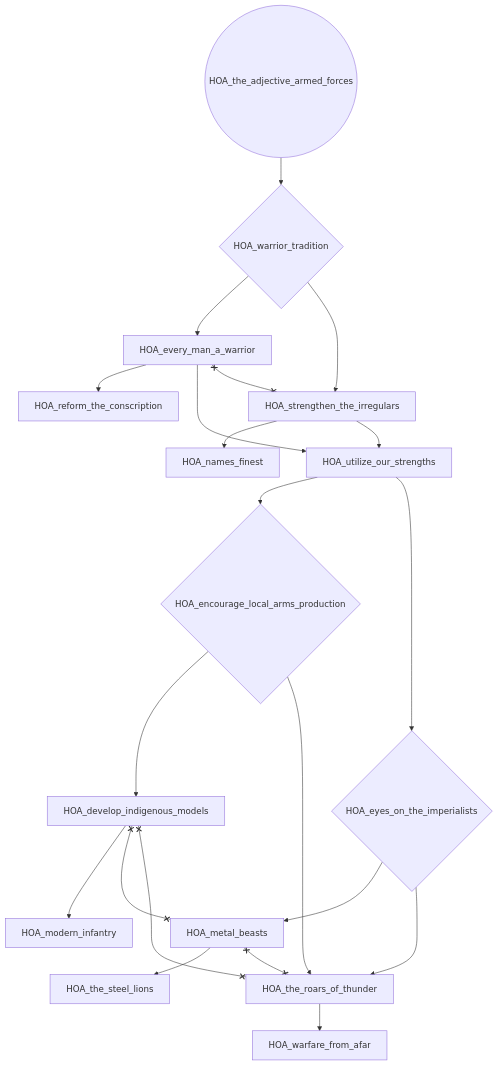
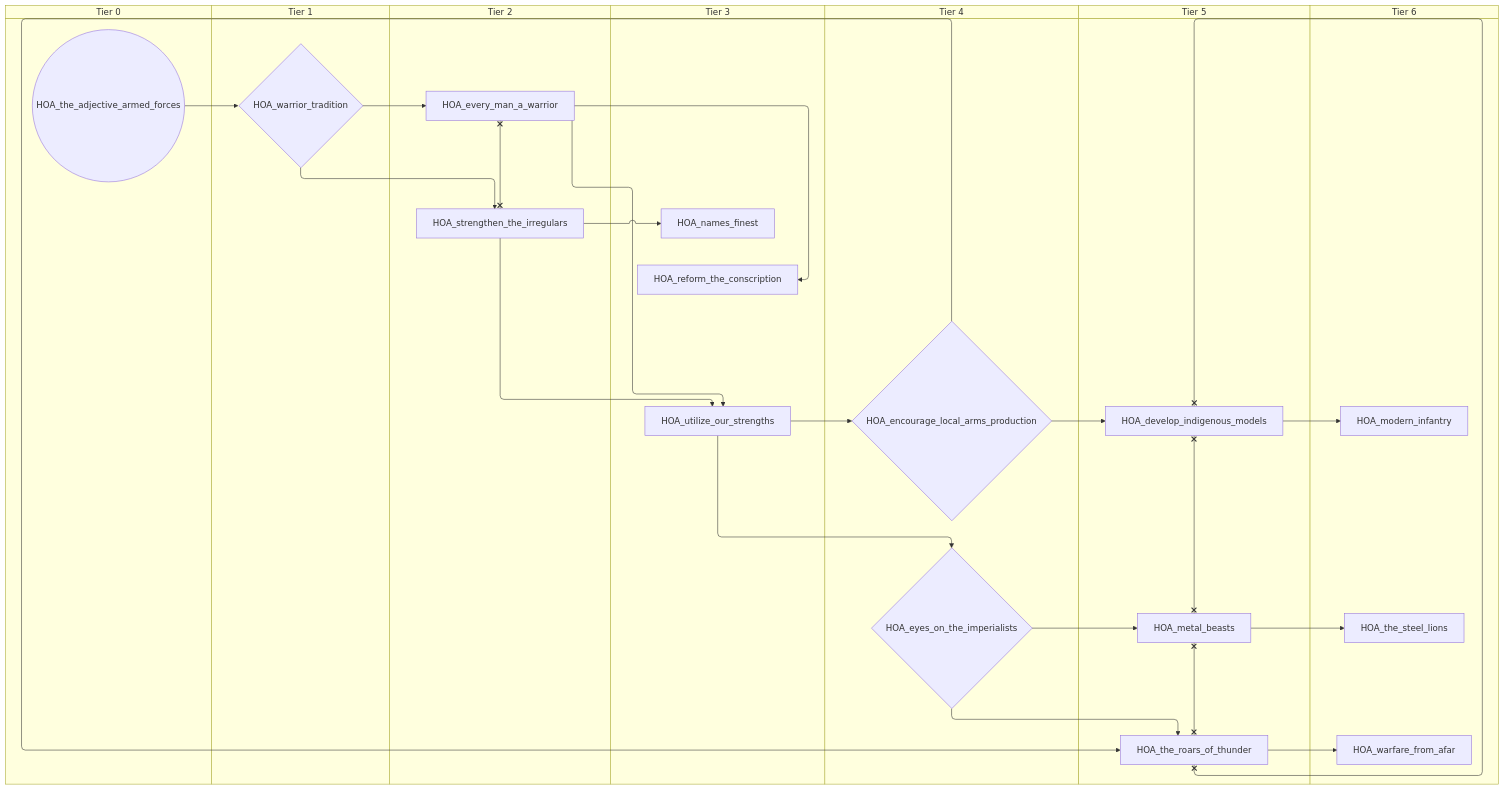
One commit to evgeny-sobol/hoi4-sandbox-mode changed the second of 3 diagrams in docs/gdd/National Focuses/horn_of_africa.md. Above: the diagram before and after it, drawn with Mermaid. The commit also changed other lines of this file and 80 other files, not shown here.

First line of the commit message:
Add swimlane mode to focus graph exporter

````diff
--- a/docs/gdd/National Focuses/horn_of_africa.md
+++ b/docs/gdd/National Focuses/horn_of_africa.md
@@ -46,38 +62,52 @@
 ```mermaid
-flowchart TD
-    n17["HOA_develop_indigenous_models"]
-    n18{"HOA_encourage_local_arms_production"}
-    n19["HOA_every_man_a_warrior"]
-    n20{"HOA_eyes_on_the_imperialists"}
-    n21["HOA_metal_beasts"]
-    n22["HOA_modern_infantry"]
-    n23["HOA_names_finest"]
-    n24["HOA_reform_the_conscription"]
-    n25["HOA_strengthen_the_irregulars"]
-    n26(("HOA_the_adjective_armed_forces"))
-    n27["HOA_the_roars_of_thunder"]
-    n28["HOA_the_steel_lions"]
-    n29["HOA_utilize_our_strengths"]
-    n30["HOA_warfare_from_afar"]
-    n31{"HOA_warrior_tradition"}
-    n18 --> n17
-    n29 --> n18
-    n31 --> n19
-    n29 --> n20
+swimlane-beta TD
+    subgraph tier_0["Tier 0"]
+        n17(("HOA_the_adjective_armed_forces"))
+    end
+    subgraph tier_1["Tier 1"]
+        n18{"HOA_warrior_tradition"}
+    end
+    subgraph tier_2["Tier 2"]
+        n19["HOA_every_man_a_warrior"]
+        n20["HOA_strengthen_the_irregulars"]
+    end
+    subgraph tier_3["Tier 3"]
+        n21["HOA_names_finest"]
+        n22["HOA_reform_the_conscription"]
+        n23["HOA_utilize_our_strengths"]
+    end
+    subgraph tier_4["Tier 4"]
+        n24{"HOA_encourage_local_arms_production"}
+        n25{"HOA_eyes_on_the_imperialists"}
+    end
+    subgraph tier_5["Tier 5"]
+        n26["HOA_develop_indigenous_models"]
+        n27["HOA_metal_beasts"]
+        n28["HOA_the_roars_of_thunder"]
+    end
+    subgraph tier_6["Tier 6"]
+        n29["HOA_modern_infantry"]
+        n30["HOA_the_steel_lions"]
+        n31["HOA_warfare_from_afar"]
+    end
+    n24 --> n26
+    n23 --> n24
+    n18 --> n19
+    n23 --> n25
+    n25 --> n27
+    n26 --> n29
     n20 --> n21
-    n17 --> n22
-    n25 --> n23
-    n19 --> n24
-    n31 --> n25
-    n20 --> n27
-    n18 --> n27
-    n21 --> n28
-    n25 --> n29
-    n19 --> n29
+    n19 --> n22
+    n18 --> n20
+    n25 --> n28
+    n24 --> n28
     n27 --> n30
-    n26 --> n31
-    n17 x--x n21
-    n17 x--x n27
-    n19 x--x n25
-    n21 x--x n27
+    n20 --> n23
+    n19 --> n23
+    n28 --> n31
+    n17 --> n18
+    n26 x--x n27
+    n26 x--x n28
+    n19 x--x n20
+    n27 x--x n28
 ```
````
